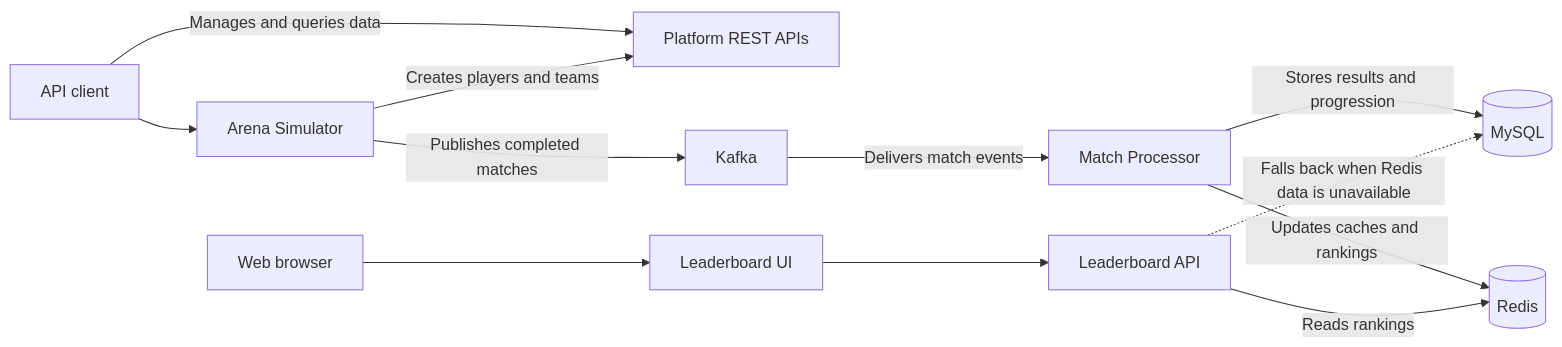
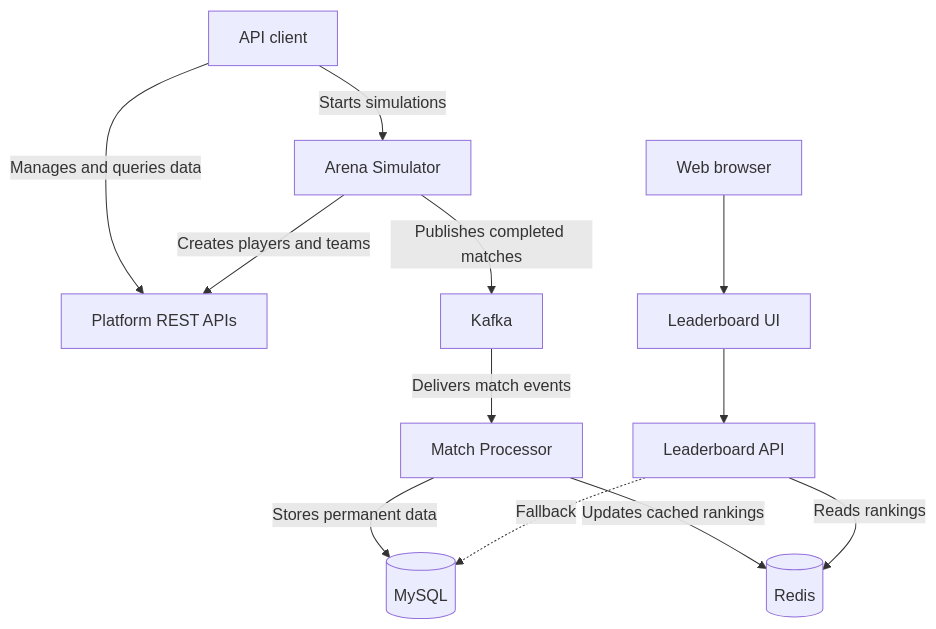
One commit to yanfan-lin/arena-progression-platform changed the diagram in README.md. Above: the diagram before and after it, drawn with Mermaid. The commit also changed other lines of this file, not shown here.

````diff
--- a/README.md
+++ b/README.md
@@ -24,15 +23,16 @@
 ```mermaid
-flowchart LR
-    Client[API client] --> Simulator[Arena Simulator]
-    Client -- Manages and queries data --> API
-    Simulator -- Creates players and teams --> API[Platform REST APIs]
-    Simulator -- Publishes completed matches --> Kafka[Kafka]
-    Kafka -- Delivers match events --> Processor[Match Processor]
-    Processor -- Stores results and progression --> MySQL[(MySQL)]
-    Processor -- Updates caches and rankings --> Redis[(Redis)]
+flowchart TB
+    Client[API client] -->|Starts simulations| Simulator[Arena Simulator]
+    Client -->|Manages and queries data| API[Platform REST APIs]
+    Simulator -->|Creates players and teams| API
+    Simulator -->|Publishes completed matches| Kafka[Kafka]
+    Kafka -->|Delivers match events| Processor[Match Processor]
+
+    Processor -->|Stores permanent data| MySQL[(MySQL)]
+    Processor -->|Updates cached rankings| Redis[(Redis)]
 
     Browser[Web browser] --> UI[Leaderboard UI]
     UI --> Leaderboard[Leaderboard API]
-    Leaderboard -- Reads rankings --> Redis
-    Leaderboard -. Falls back when Redis data is unavailable .-> MySQL
+    Leaderboard -->|Reads rankings| Redis
+    Leaderboard -.->|Fallback| MySQL
 ```
````
